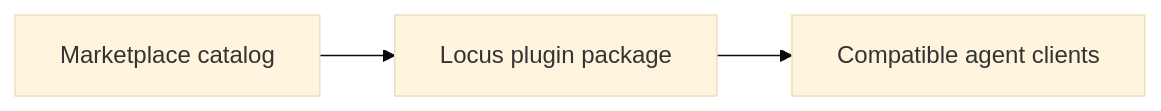
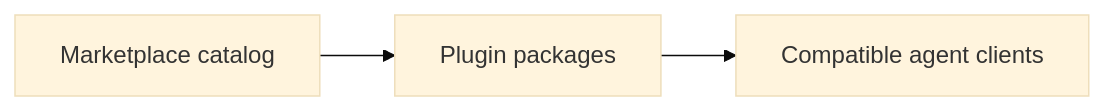
One commit to v41e/locus changed the diagram in ARCHITECTURE.md. Above: the diagram before and after it, drawn with Mermaid (base theme). The commit also changed other lines of this file and 4 other files, not shown here.

Commit message:
refactor(repo): prepare v41e Plugins marketplace identity

````diff
--- a/ARCHITECTURE.md
+++ b/ARCHITECTURE.md
@@ -8,5 +8,5 @@
 ```mermaid
 flowchart LR
-  catalog["Marketplace catalog"] --> plugin["Locus plugin package"]
-  plugin --> client["Compatible agent clients"]
+  catalog["Marketplace catalog"] --> plugins["Plugin packages"]
+  plugins --> client["Compatible agent clients"]
 ```
````
